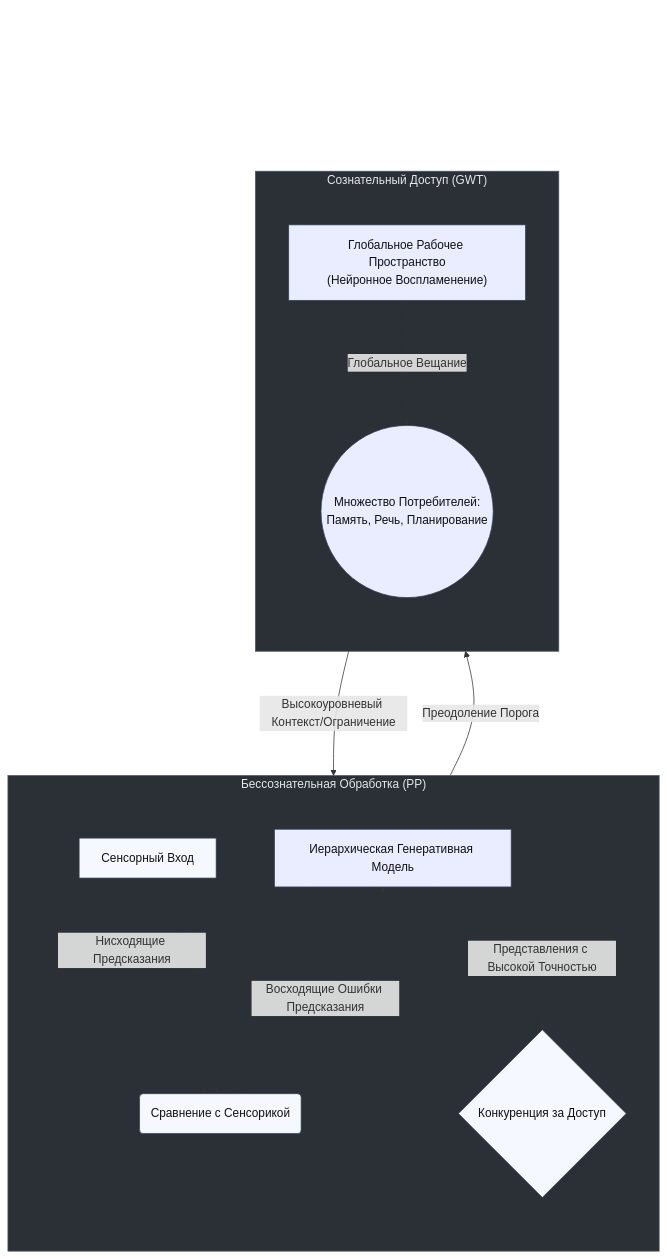
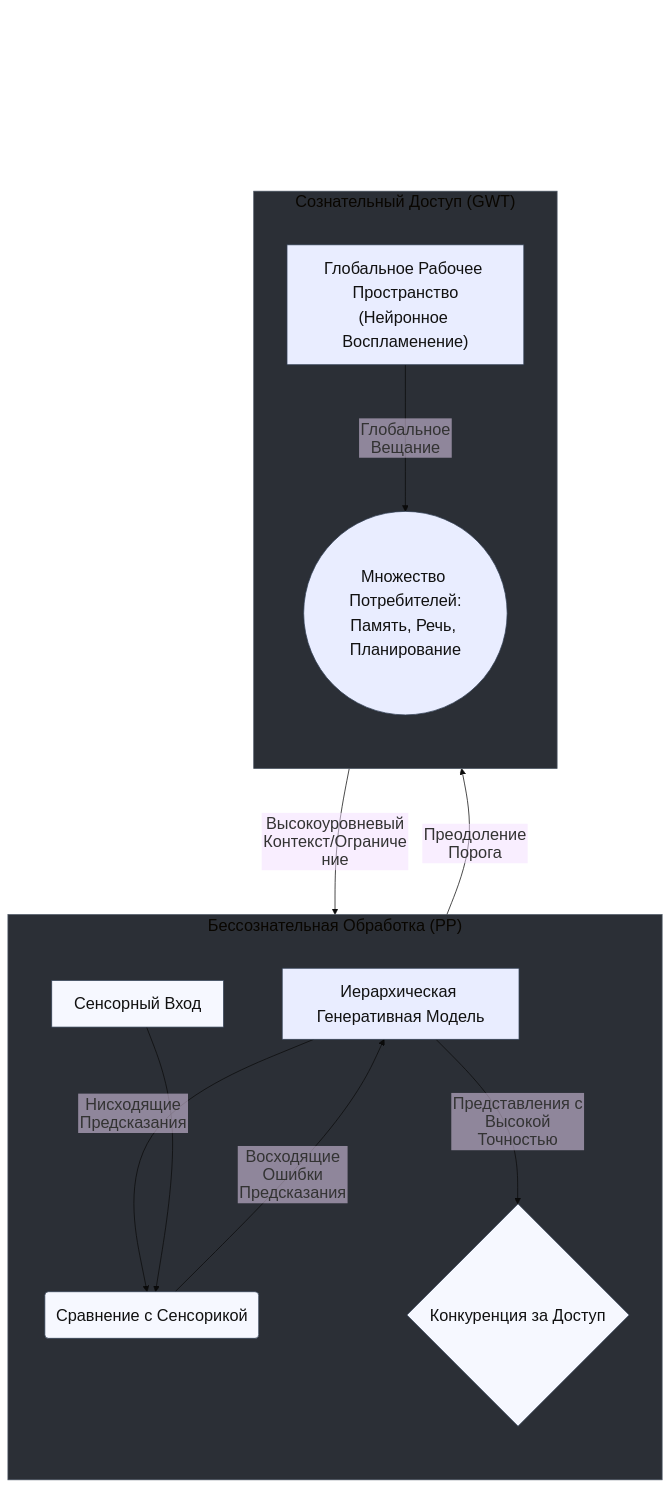
The diagram in docs/module5/05-pp-gwt-interface.md (Antimortine/epet-course), drawn with Mermaid before and after one commit. The commit also changed 2 other files, not shown here.

````diff
--- a/docs/module5/05-pp-gwt-interface.md
+++ b/docs/module5/05-pp-gwt-interface.md
@@ -45,41 +45,46 @@
 ```mermaid
-%%{init: { 'flowchart': { 'nodeSpacing': 70, 'rankSpacing': 120, 'wrappingWidth': 260, 'htmlLabels': true }}}%%
+%%{init: {
+  'theme': 'base',
+  'themeVariables': { 'fontSize': '22px', 'textColor': '#111' },
+  'flowchart': { 'nodeSpacing': 70, 'rankSpacing': 120, 'wrappingWidth': 260, 'htmlLabels': false }
+}}%%
+
 graph TD
     %% --- классы ---
     classDef hidden fill:transparent,stroke:transparent,color:transparent;
     classDef nodeLight fill:#f6f8ff,stroke:#334155,stroke-width:1px,color:#111;
     classDef nodeAccent fill:#e9edff,stroke:#334155,stroke-width:1px,color:#111;
     classDef nodeCircle fill:#e9edff,stroke:#334155,stroke-width:1px,color:#111;
 
     %% --- Пэддеры (первые строки!) + невидимые рёбра для отступа заголовка ---
     _padPP["\n\n\n"]:::hidden --> A
     _padGWT["\n\n\n"]:::hidden --> E
     linkStyle 0 stroke:transparent,fill:transparent;
     linkStyle 1 stroke:transparent,fill:transparent;
 
     %% --- Граф ---
     subgraph PP["Бессознательная Обработка (PP)"]
       direction TB
       A[Иерархическая Генеративная Модель] -- "Нисходящие Предсказания" --> B(Сравнение с Сенсорикой)
       C[Сенсорный Вход] --> B
       B -- "Восходящие Ошибки Предсказания" --> A
       A -- "Представления с Высокой Точностью" --> D{Конкуренция за Доступ}
     end
 
     subgraph GWT["Сознательный Доступ (GWT)"]
       direction TB
       D -- "Преодоление Порога" --> E["Глобальное Рабочее Пространство<br>(Нейронное Воспламенение)"]
       E -- "Глобальное Вещание" --> F(("Множество Потребителей:<br>Память, Речь, Планирование"))
     end
 
     E -- "Высокоуровневый Контекст/Ограничение" --> A
 
     %% --- Кластеры/сабграфы: тёмные контейнеры с читаемым заголовком ---
     style PP  fill:#2b2f36,stroke:#4b5563,stroke-width:1px,color:#e5e7eb
     style GWT fill:#2b2f36,stroke:#4b5563,stroke-width:1px,color:#e5e7eb
 
     %% --- Присвоение классов нодам (все светлые, читаемые) ---
     class A,E nodeAccent
     class B,C,D nodeLight
     class F nodeCircle
 ```
````
